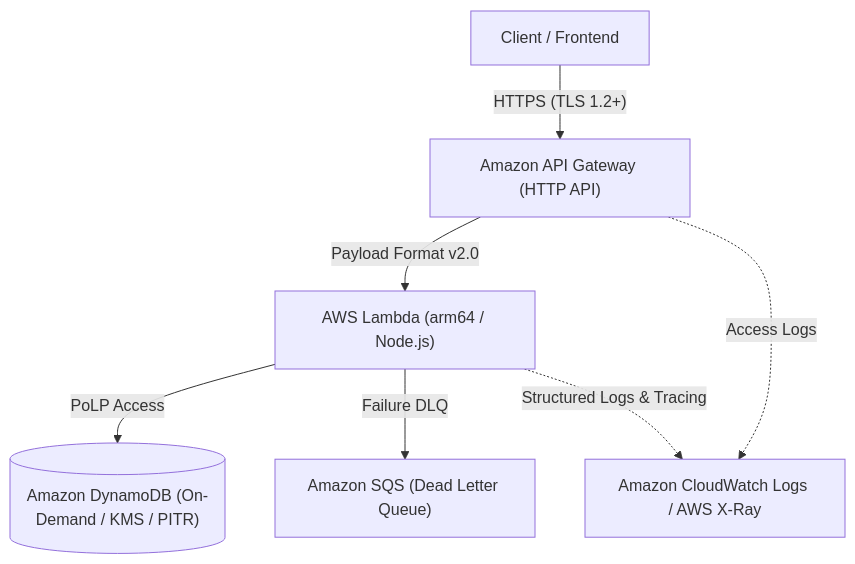
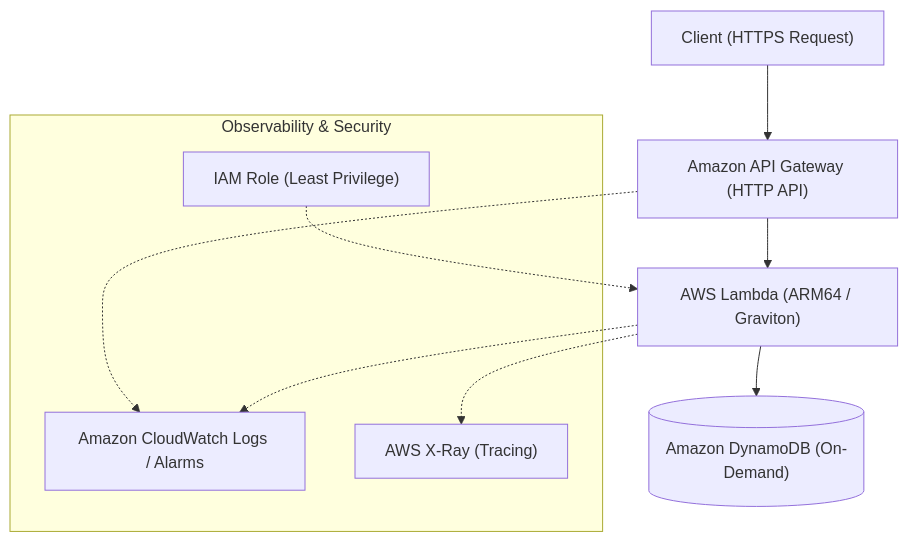
Before and after one commit to code-factory-theater/Serverless-Dual-Blade-IaC: the diagram in README.md, drawn with Mermaid. The commit also changed other lines of this file and 6 other files, not shown here.

````diff
--- a/README.md
+++ b/README.md
@@ -22,16 +28,17 @@
 ```mermaid
 graph TD
-    Client["Client / Frontend"]
-    APIGW["Amazon API Gateway (HTTP API)"]
-    Lambda["AWS Lambda (arm64 / Node.js)"]
-    DynamoDB[("Amazon DynamoDB (On-Demand / KMS / PITR)")]
-    DLQ["Amazon SQS (Dead Letter Queue)"]
-    CW["Amazon CloudWatch Logs / AWS X-Ray"]
-
-    Client -->|"HTTPS (TLS 1.2+)"| APIGW
-    APIGW -->|"Payload Format v2.0"| Lambda
-    Lambda -->|"PoLP Access"| DynamoDB
-    Lambda -->|"Failure DLQ"| DLQ
-    APIGW -.->|"Access Logs"| CW
-    Lambda -.->|"Structured Logs & Tracing"| CW
+    Client["Client (HTTPS Request)"] --> APIGW["Amazon API Gateway (HTTP API)"]
+    APIGW --> Lambda["AWS Lambda (ARM64 / Graviton)"]
+    Lambda --> DynamoDB[("Amazon DynamoDB (On-Demand)")]
+    
+    subgraph Observability["Observability & Security"]
+        CW["Amazon CloudWatch Logs / Alarms"]
+        XRay["AWS X-Ray (Tracing)"]
+        IAM["IAM Role (Least Privilege)"]
+    end
+    
+    APIGW -.-> CW
+    Lambda -.-> CW
+    Lambda -.-> XRay
+    IAM -.-> Lambda
 ```
````
